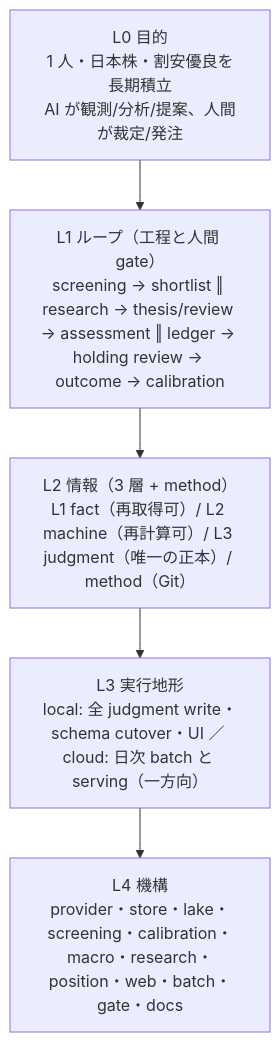
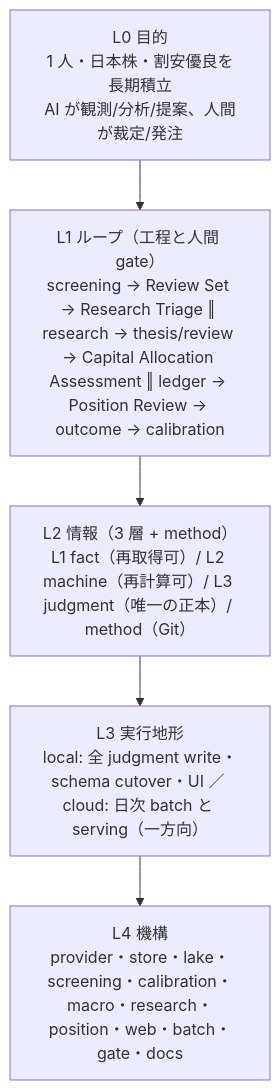
One commit to koumatsumoto/baibai-loop changed the diagram in docs/architecture.md. Above: the diagram before and after it, drawn with Mermaid. The commit also changed other lines of this file and 231 other files, not shown here.

````diff
--- a/docs/architecture.md
+++ b/docs/architecture.md
@@ -41,9 +41,9 @@
 ```mermaid
 flowchart TB
   L0["L0 目的<br/>1 人・日本株・割安優良を長期積立<br/>AI が観測/分析/提案、人間が裁定/発注"]
-  L1["L1 ループ（工程と人間 gate）<br/>screening → shortlist ‖ research → thesis/review → assessment ‖ ledger → holding review → outcome → calibration"]
+  L1["L1 ループ（工程と人間 gate）<br/>screening → Review Set → Research Triage ‖ research → thesis/review → Capital Allocation Assessment ‖ ledger → Position Review → outcome → calibration"]
   L2["L2 情報（3 層 + method）<br/>L1 fact（再取得可）/ L2 machine（再計算可）/ L3 judgment（唯一の正本）/ method（Git）"]
   L3["L3 実行地形<br/>local: 全 judgment write・schema cutover・UI ／ cloud: 日次 batch と serving（一方向）"]
   L4["L4 機構<br/>provider・store・lake・screening・calibration・macro・research・position・web・batch・gate・docs"]
   L0 --> L1 --> L2 --> L3 --> L4
 ```
````
